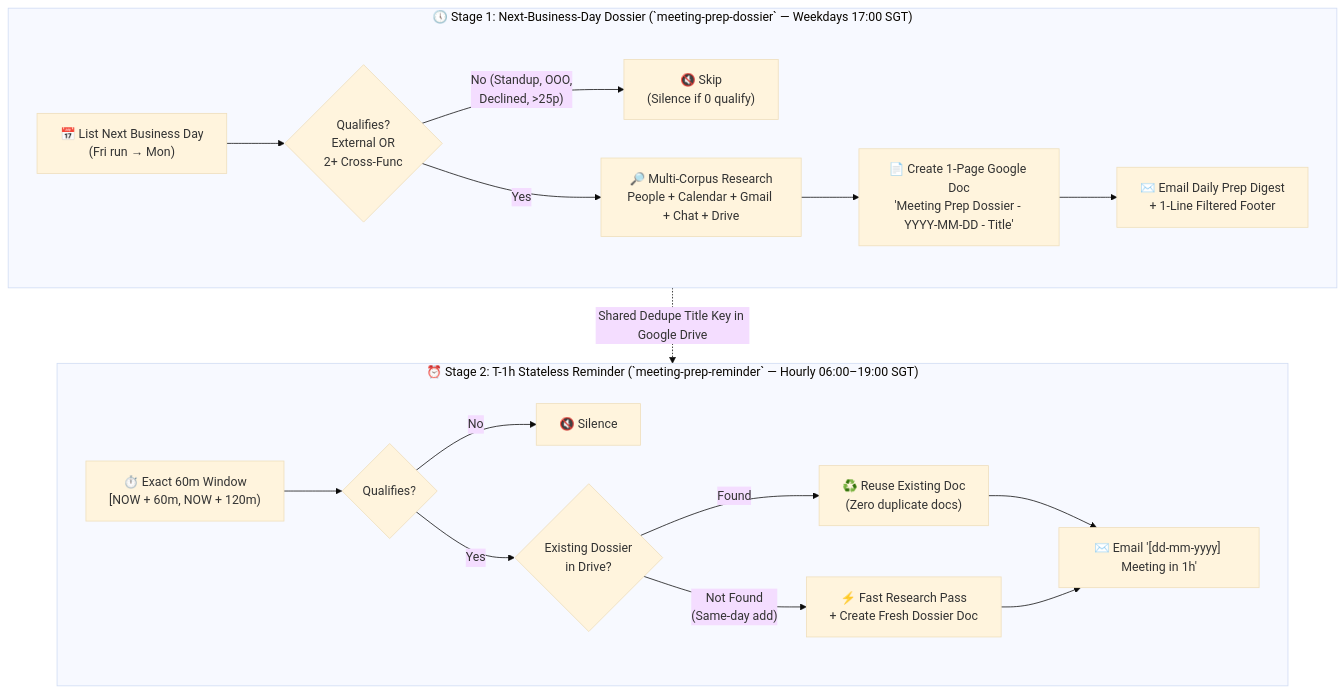
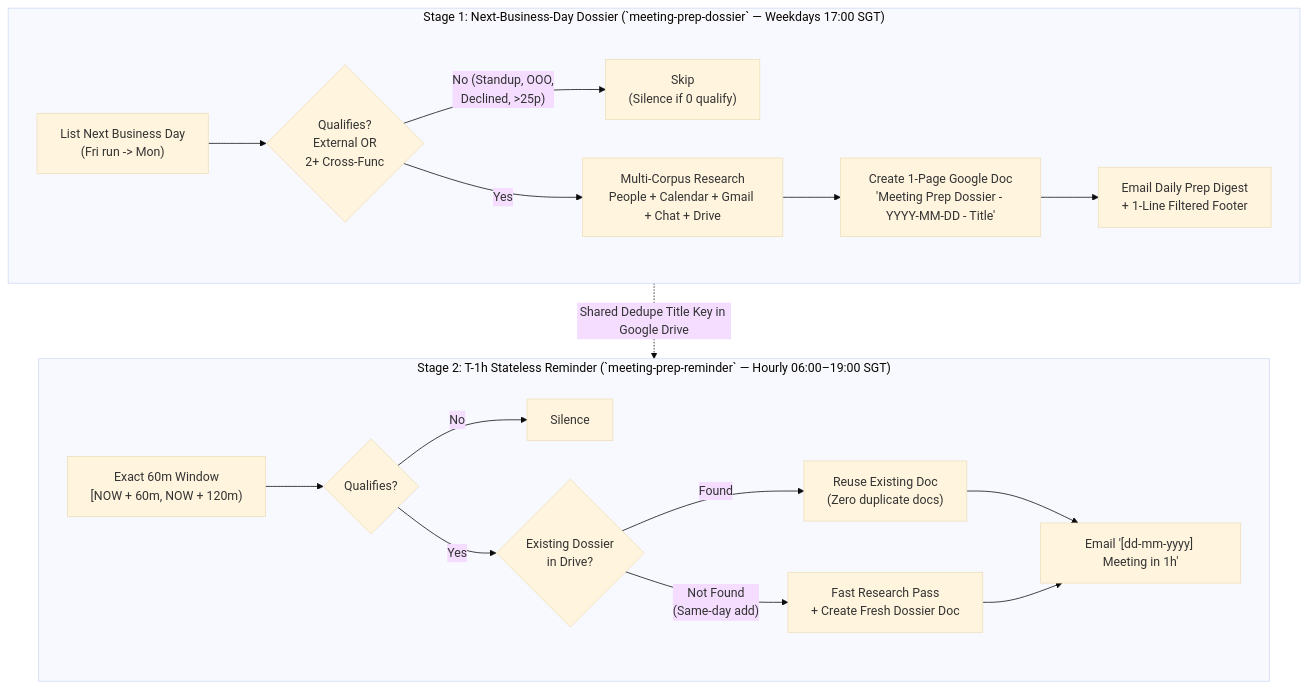
The diagram in README.md (elim316/Antigravity-Meeting-Prep-Agent), drawn with Mermaid (base theme) before and after one commit. The commit also changed other lines of this file and 1 other file, not shown here.

Commit message:
docs: add executive business infographic, British English spelling, and remove emojis

````diff
--- a/README.md
+++ b/README.md
@@ -29,24 +41,24 @@
 ```mermaid
 flowchart TB
-    subgraph Stage1["🕔 Stage 1: Next-Business-Day Dossier (`meeting-prep-dossier` — Weekdays 17:00 SGT)"]
+    subgraph Stage1["Stage 1: Next-Business-Day Dossier (`meeting-prep-dossier` — Weekdays 17:00 SGT)"]
         direction LR
-        C1["📅 List Next Business Day\n(Fri run → Mon)"] --> Q1{"Qualifies?\nExternal OR\n2+ Cross-Func"}
-        Q1 -- "No (Standup, OOO,\nDeclined, >25p)" --> S1["🔇 Skip\n(Silence if 0 qualify)"]
-        Q1 -- "Yes" --> R1["🔎 Multi-Corpus Research\nPeople + Calendar + Gmail + Chat + Drive"]
-        R1 --> D1["📄 Create 1-Page Google Doc\n'Meeting Prep Dossier - YYYY-MM-DD - Title'"]
-        D1 --> E1["✉️ Email Daily Prep Digest\n+ 1-Line Filtered Footer"]
+        C1["List Next Business Day\n(Fri run -> Mon)"] --> Q1{"Qualifies?\nExternal OR\n2+ Cross-Func"}
+        Q1 -- "No (Standup, OOO,\nDeclined, >25p)" --> S1["Skip\n(Silence if 0 qualify)"]
+        Q1 -- "Yes" --> R1["Multi-Corpus Research\nPeople + Calendar + Gmail + Chat + Drive"]
+        R1 --> D1["Create 1-Page Google Doc\n'Meeting Prep Dossier - YYYY-MM-DD - Title'"]
+        D1 --> E1["Email Daily Prep Digest\n+ 1-Line Filtered Footer"]
     end
 
-    subgraph Stage2["⏰ Stage 2: T-1h Stateless Reminder (`meeting-prep-reminder` — Hourly 06:00–19:00 SGT)"]
+    subgraph Stage2["Stage 2: T-1h Stateless Reminder (`meeting-prep-reminder` — Hourly 06:00–19:00 SGT)"]
         direction LR
-        C2["⏱️ Exact 60m Window\n[NOW + 60m, NOW + 120m)"] --> Q2{"Qualifies?"}
-        Q2 -- "No" --> S2["🔇 Silence"]
+        C2["Exact 60m Window\n[NOW + 60m, NOW + 120m)"] --> Q2{"Qualifies?"}
+        Q2 -- "No" --> S2["Silence"]
         Q2 -- "Yes" --> G2{"Existing Dossier\nin Drive?"}
-        G2 -- "Found" --> L2["♻️ Reuse Existing Doc\n(Zero duplicate docs)"]
-        G2 -- "Not Found\n(Same-day add)" --> F2["⚡ Fast Research Pass\n+ Create Fresh Dossier Doc"]
-        L2 --> E2["✉️ Email '[dd-mm-yyyy] Meeting in 1h'"]
+        G2 -- "Found" --> L2["Reuse Existing Doc\n(Zero duplicate docs)"]
+        G2 -- "Not Found\n(Same-day add)" --> F2["Fast Research Pass\n+ Create Fresh Dossier Doc"]
+        L2 --> E2["Email '[dd-mm-yyyy] Meeting in 1h'"]
         F2 --> E2
     end
 
     D1 -. "Shared Dedupe Title Key in Google Drive" .-> G2
 ```
````
